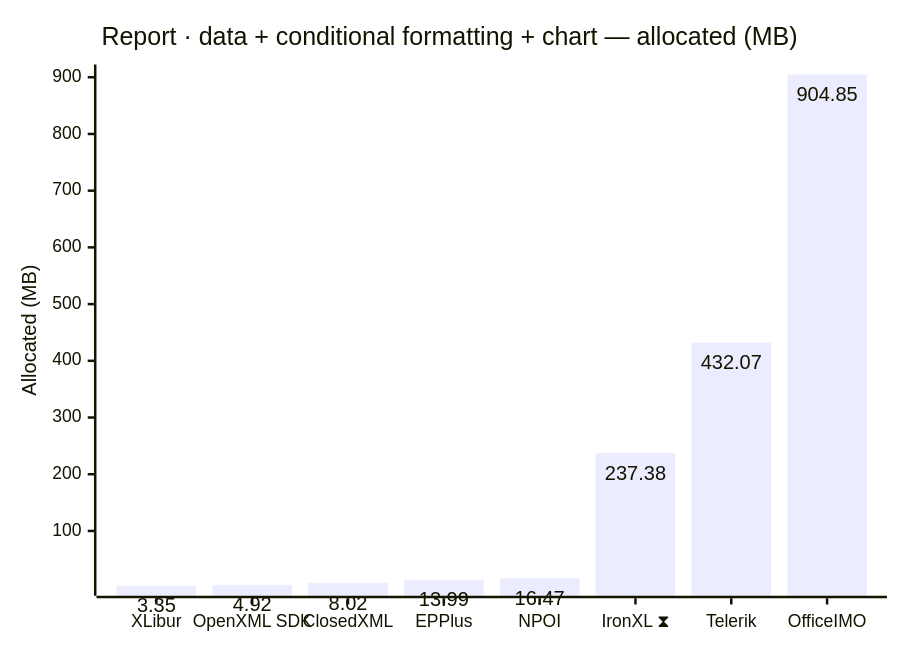
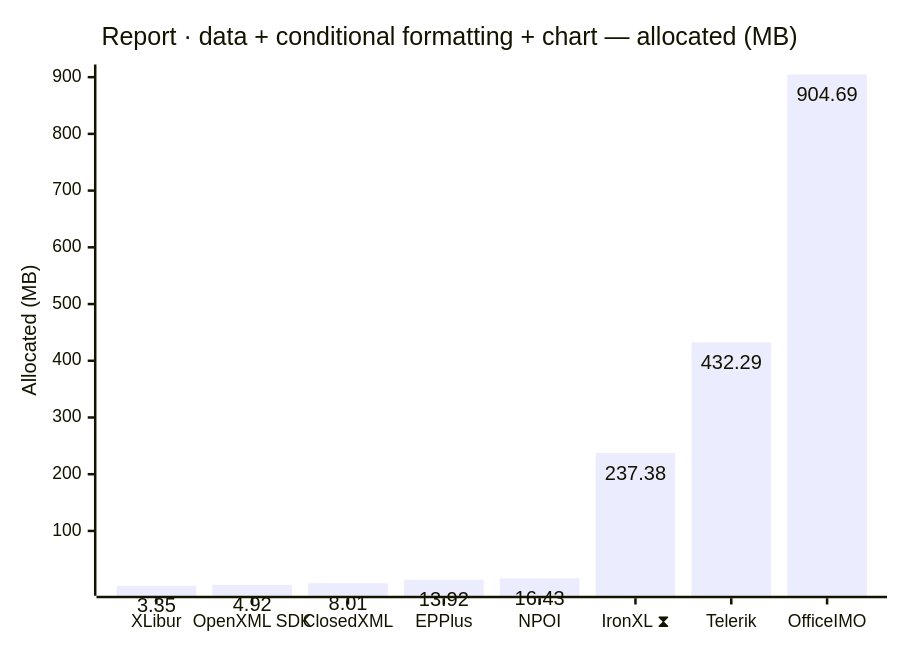
Before and after one commit to jafin/XLBench: the eighth of 12 diagrams in docs/results.md, drawn with Mermaid. The commit also changed other lines of this file and 1 other file, not shown here.

````diff
--- a/docs/results.md
+++ b/docs/results.md
@@ -133,12 +133,12 @@
 ```mermaid
 ---
 config:
   xyChart:
     showDataLabel: true
 ---
 xychart-beta
     title "Report · data + conditional formatting + chart — allocated (MB)"
     x-axis ["XLibur", "OpenXML SDK", "ClosedXML", "EPPlus", "NPOI", "IronXL ⧗", "Telerik", "OfficeIMO"]
     y-axis "Allocated (MB)"
-    bar [3.35, 4.92, 8.02, 13.99, 16.47, 237.38, 432.07, 904.85]
+    bar [3.35, 4.92, 8.01, 13.92, 16.43, 237.38, 432.29, 904.69]
 ```
````
